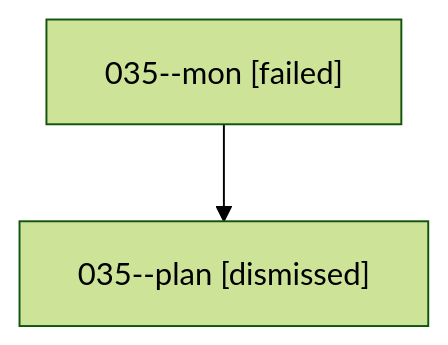
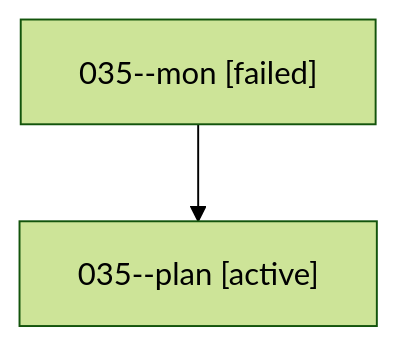
Before and after one commit to sase-org/sase--agents: the diagram in families/bbugyi200.athena.035.md, drawn with Mermaid (forest theme). The commit also changed other lines of this file and 35830 other files, not shown here.

````diff
--- a/families/bbugyi200.athena.035.md
+++ b/families/bbugyi200.athena.035.md
@@ -9,6 +9,6 @@
 ```mermaid
 flowchart TD
   n0["035--mon [failed]"]
-  n1["035--plan [dismissed]"]
+  n1["035--plan [active]"]
   n0 --> n1
 ```
````
